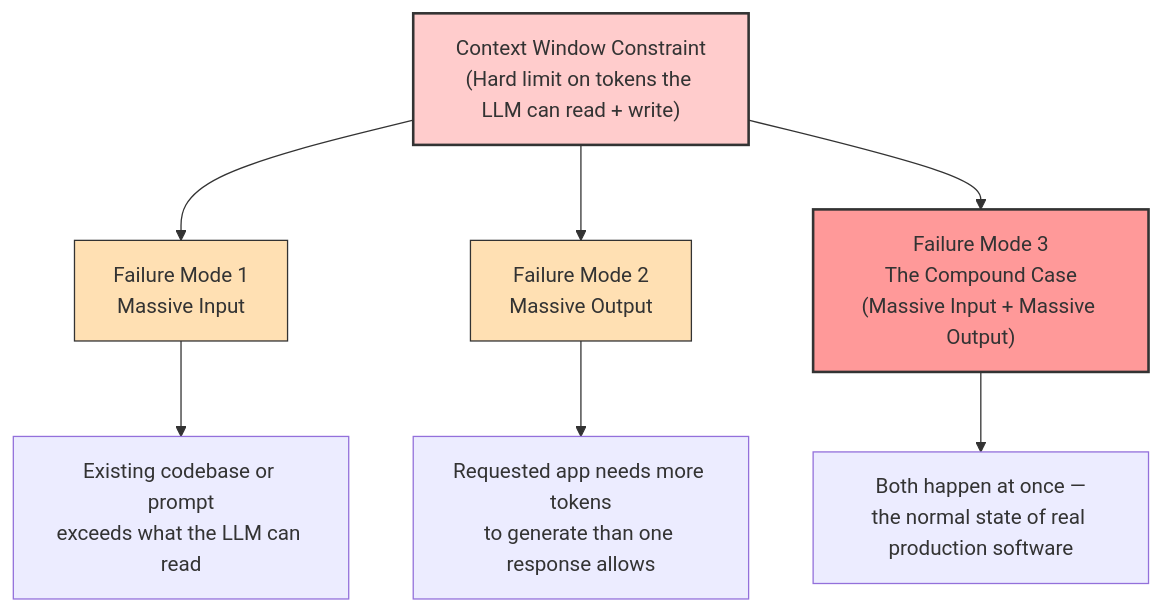
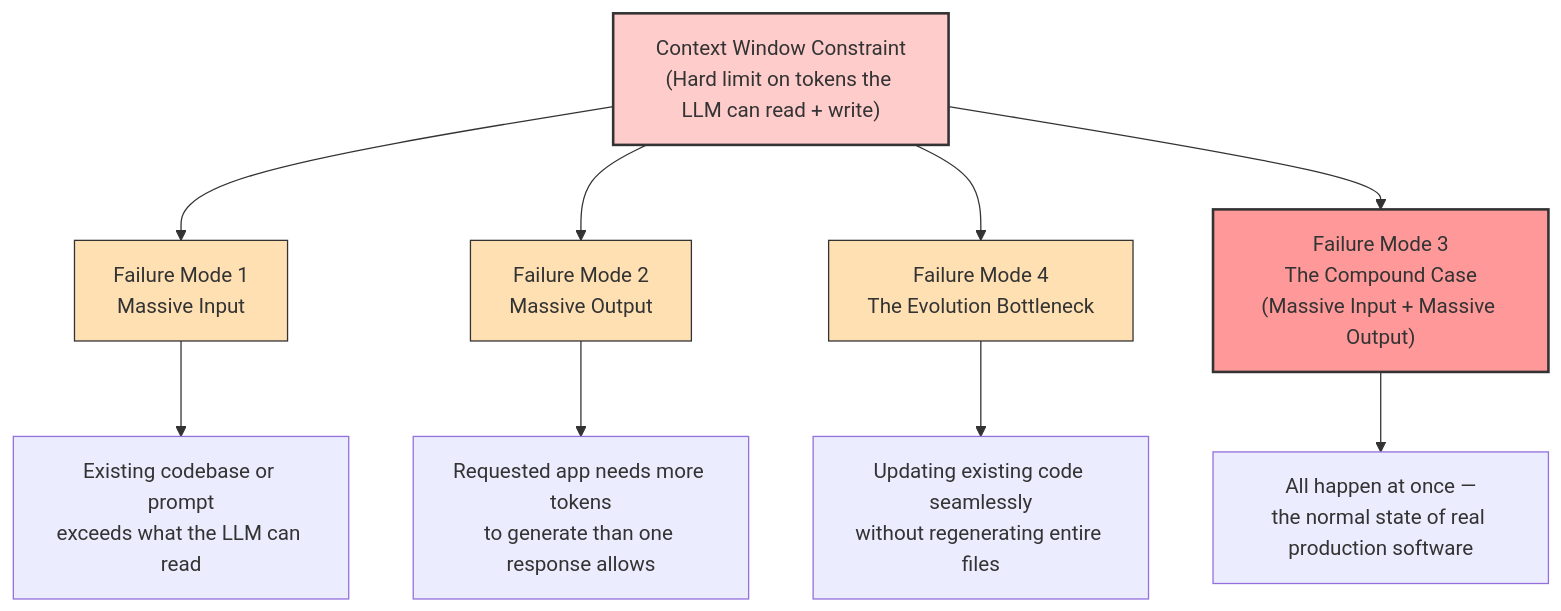
One commit to abhinav-vasudevan/Context-agent changed the first of 11 diagrams in Context_Agent_Approach_Document.md. Above: the diagram before and after it, drawn with Mermaid. The commit also changed other lines of this file and 14 other files, not shown here.

````diff
--- a/Context_Agent_Approach_Document.md
+++ b/Context_Agent_Approach_Document.md
@@ -48,16 +49,19 @@
 ```mermaid
 flowchart TD
     CW["Context Window Constraint<br/>(Hard limit on tokens the LLM can read + write)"]
     CW --> C1["Failure Mode 1<br/>Massive Input"]
     CW --> C2["Failure Mode 2<br/>Massive Output"]
+    CW --> C4["Failure Mode 4<br/>The Evolution Bottleneck"]
     CW --> C3["Failure Mode 3<br/>The Compound Case<br/>(Massive Input + Massive Output)"]
 
     C1 --> C1a["Existing codebase or prompt<br/>exceeds what the LLM can read"]
     C2 --> C2a["Requested app needs more tokens<br/>to generate than one response allows"]
-    C3 --> C3a["Both happen at once —<br/>the normal state of real production software"]
+    C4 --> C4a["Updating existing code seamlessly<br/>without regenerating entire files"]
+    C3 --> C3a["All happen at once —<br/>the normal state of real production software"]
 
     style CW fill:#ffcccc,stroke:#333,stroke-width:2px
     style C1 fill:#ffe0b3,stroke:#333
     style C2 fill:#ffe0b3,stroke:#333
+    style C4 fill:#ffe0b3,stroke:#333
     style C3 fill:#ff9999,stroke:#333,stroke-width:2px
 ```
````
